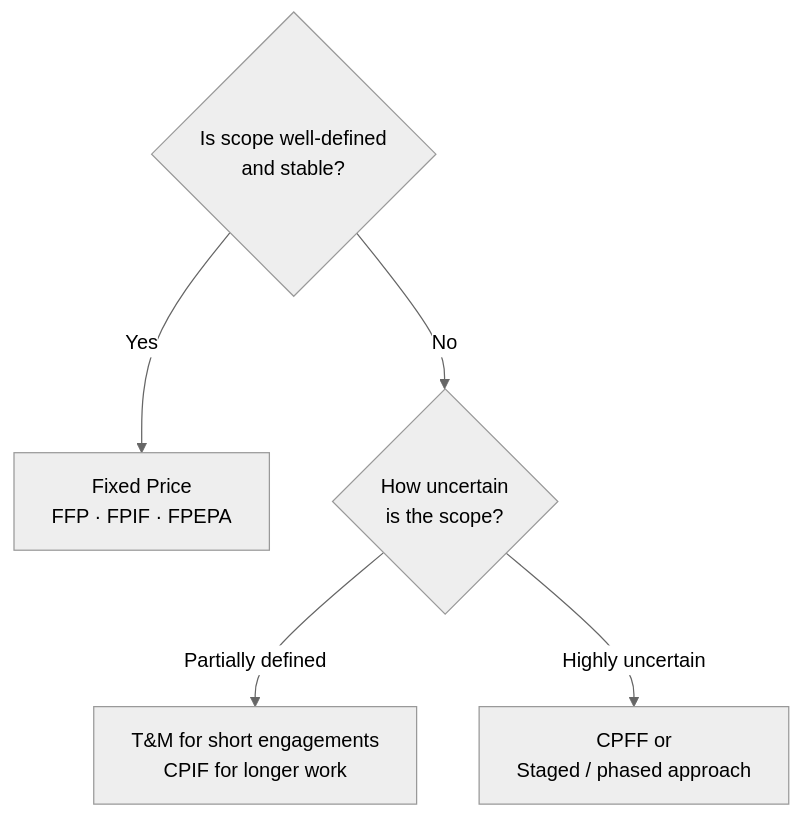
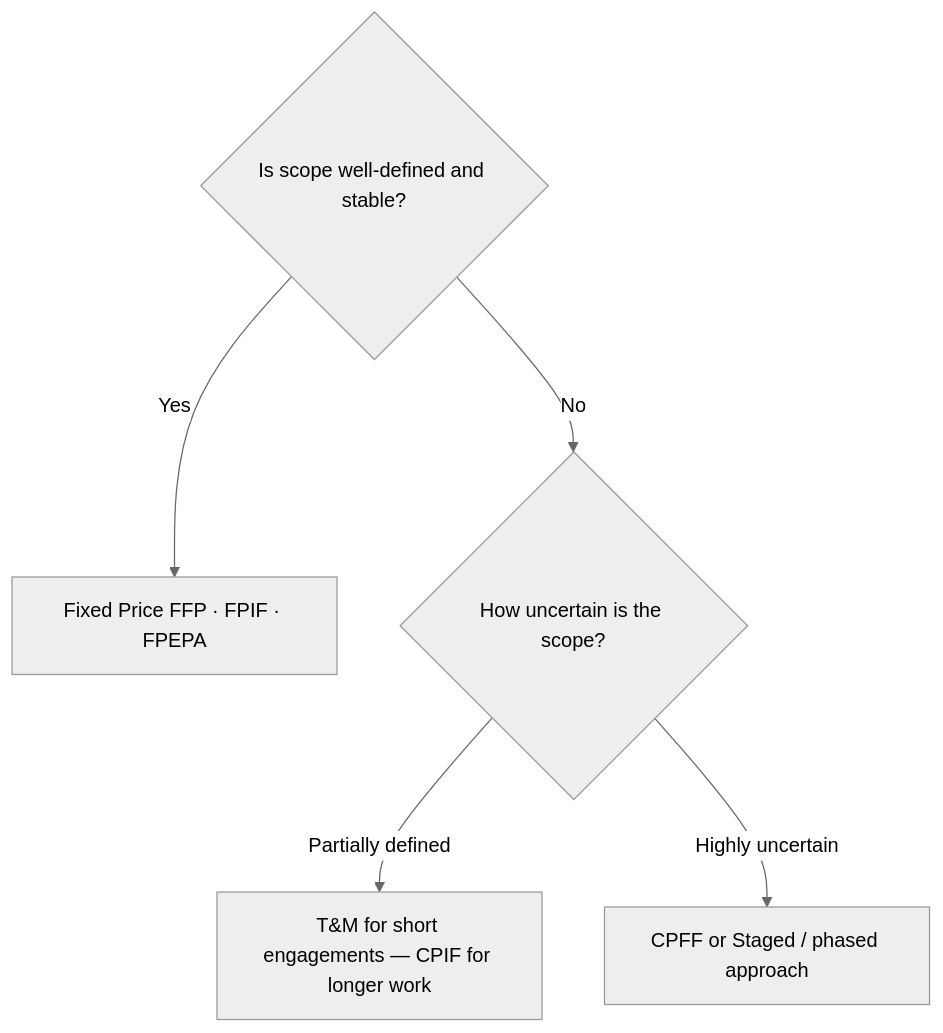
The second of 3 diagrams in modules/13-procurement.md (UncleJS/course_projectManagement), drawn with Mermaid (neutral theme) before and after one commit. The commit also changed other lines of this file and 16 other files, not shown here.

Commit message:
Fix Mermaid rendering: remove literal \n from all diagram labels; quote unquoted & in flowchart nodes

````diff
--- a/modules/13-procurement.md
+++ b/modules/13-procurement.md
@@ -194,8 +194,8 @@
 ```mermaid
 flowchart TD
-    Q1{Is scope well-defined\nand stable?}
-    Q1 -->|Yes| FP[Fixed Price\nFFP · FPIF · FPEPA]
-    Q1 -->|No| Q2{How uncertain\nis the scope?}
-    Q2 -->|Partially defined| TM[T&M for short engagements\nCPIF for longer work]
-    Q2 -->|Highly uncertain| CPFF[CPFF or\nStaged / phased approach]
+    Q1{Is scope well-defined and stable?}
+    Q1 -->|Yes| FP[Fixed Price FFP · FPIF · FPEPA]
+    Q1 -->|No| Q2{How uncertain is the scope?}
+    Q2 -->|Partially defined| TM["T&M for short engagements — CPIF for longer work"]
+    Q2 -->|Highly uncertain| CPFF[CPFF or Staged / phased approach]
 ```
````
